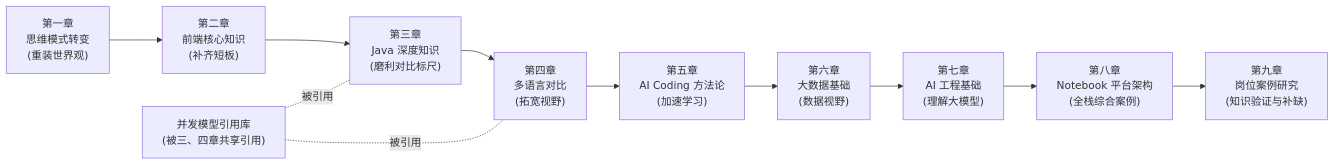
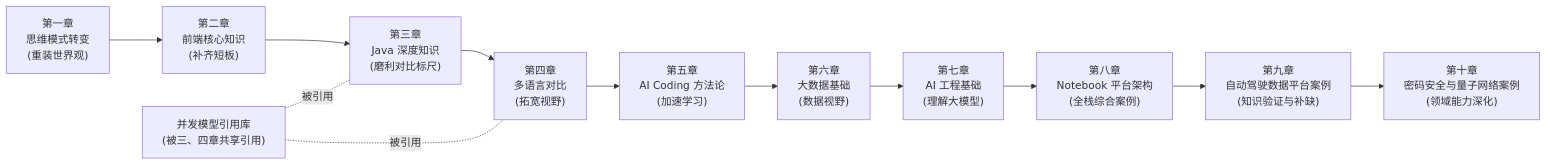
The diagram in README.md (LiPingjiang/Full-Stack-Knowledge-Book), drawn with Mermaid before and after one commit. The commit also changed other lines of this file and 11 other files, not shown here.

````diff
--- a/README.md
+++ b/README.md
@@ -33,13 +33,14 @@
 ```mermaid
 flowchart LR
     C1["第一章<br/>思维模式转变<br/>(重装世界观)"] --> C2["第二章<br/>前端核心知识<br/>(补齐短板)"]
     C2 --> C3["第三章<br/>Java 深度知识<br/>(磨利对比标尺)"]
     C3 --> C4["第四章<br/>多语言对比<br/>(拓宽视野)"]
     C4 --> C5["第五章<br/>AI Coding 方法论<br/>(加速学习)"]
     C5 --> C6["第六章<br/>大数据基础<br/>(数据视野)"]
     C6 --> C7["第七章<br/>AI 工程基础<br/>(理解大模型)"]
     C7 --> C8["第八章<br/>Notebook 平台架构<br/>(全栈综合案例)"]
-    C8 --> C9["第九章<br/>岗位案例研究<br/>(知识验证与补缺)"]
+    C8 --> C9["第九章<br/>自动驾驶数据平台案例<br/>(知识验证与补缺)"]
+    C9 --> C10["第十章<br/>密码安全与量子网络案例<br/>(领域能力深化)"]
     REF["并发模型引用库<br/>(被三、四章共享引用)"] -.被引用.- C3
     REF -.被引用.- C4
 ```
````
